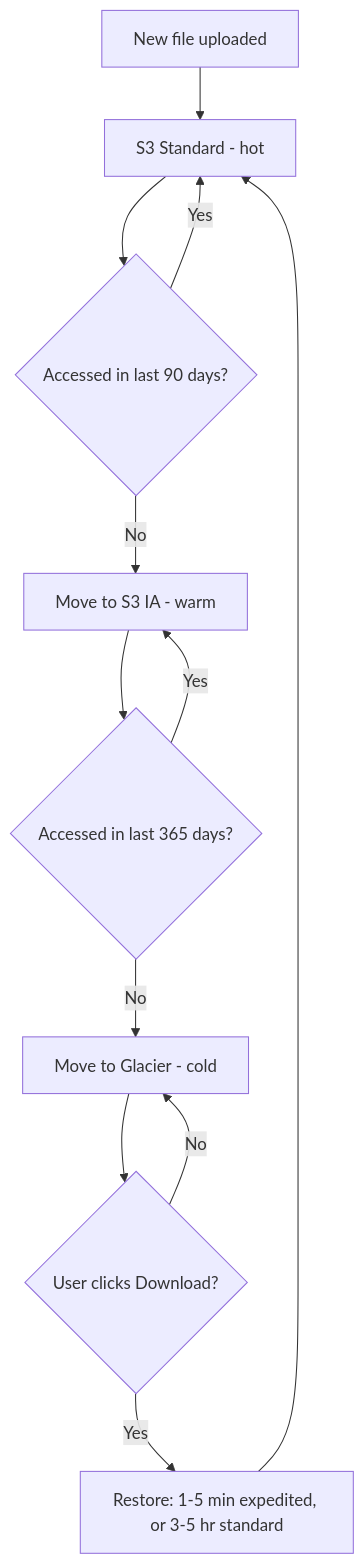
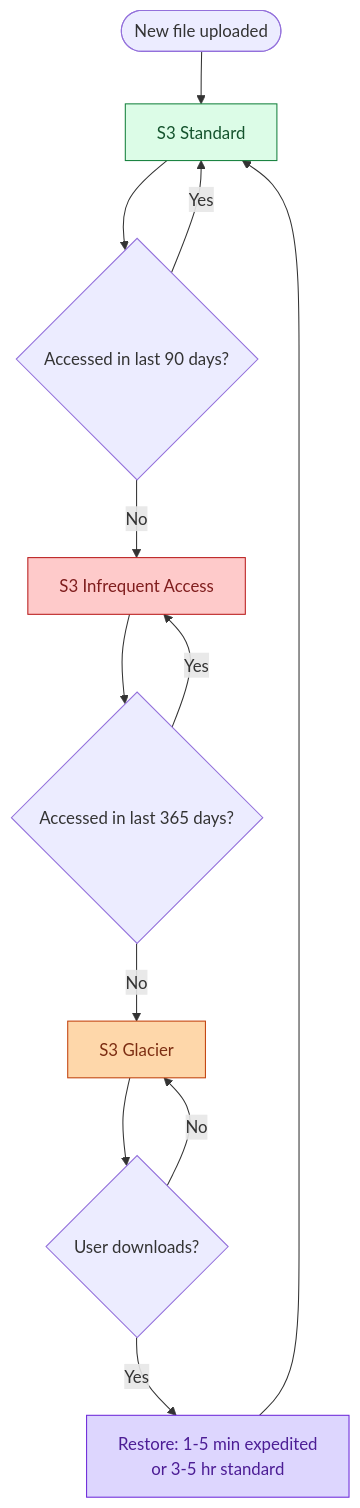
One commit to shiningflash/shiningflash.github.io changed diagram 16 of 17 in _practice/system-design/020-file-upload-share.md. Above: the diagram before and after it, drawn with Mermaid. The commit also changed other lines of this file and 19 other files, not shown here.

````diff
--- a/_practice/system-design/020-file-upload-share.md
+++ b/_practice/system-design/020-file-upload-share.md
@@ -983,14 +1176,19 @@
 ```mermaid
 flowchart TD
-    A[New file uploaded] --> B[S3 Standard - hot]
+    A([New file uploaded]) --> B["S3 Standard"]:::app
     B --> C{Accessed in last 90 days?}
     C -->|Yes| B
-    C -->|No| D[Move to S3 IA - warm]
+    C -->|No| D["S3 Infrequent Access"]:::cache
     D --> E{Accessed in last 365 days?}
     E -->|Yes| D
-    E -->|No| F[Move to Glacier - cold]
-    F --> G{User clicks Download?}
+    E -->|No| F["S3 Glacier"]:::db
+    F --> G{User downloads?}
     G -->|No| F
-    G -->|Yes| H[Restore: 1-5 min expedited, or 3-5 hr standard]
+    G -->|Yes| H["Restore: 1-5 min expedited<br/>or 3-5 hr standard"]:::queue
     H --> B
+
+    classDef app   fill:#dcfce7,stroke:#15803d,color:#14532d
+    classDef cache fill:#fecaca,stroke:#b91c1c,color:#7f1d1d
+    classDef db    fill:#fed7aa,stroke:#c2410c,color:#7c2d12
+    classDef queue fill:#ddd6fe,stroke:#6d28d9,color:#4c1d95
 ```
````
